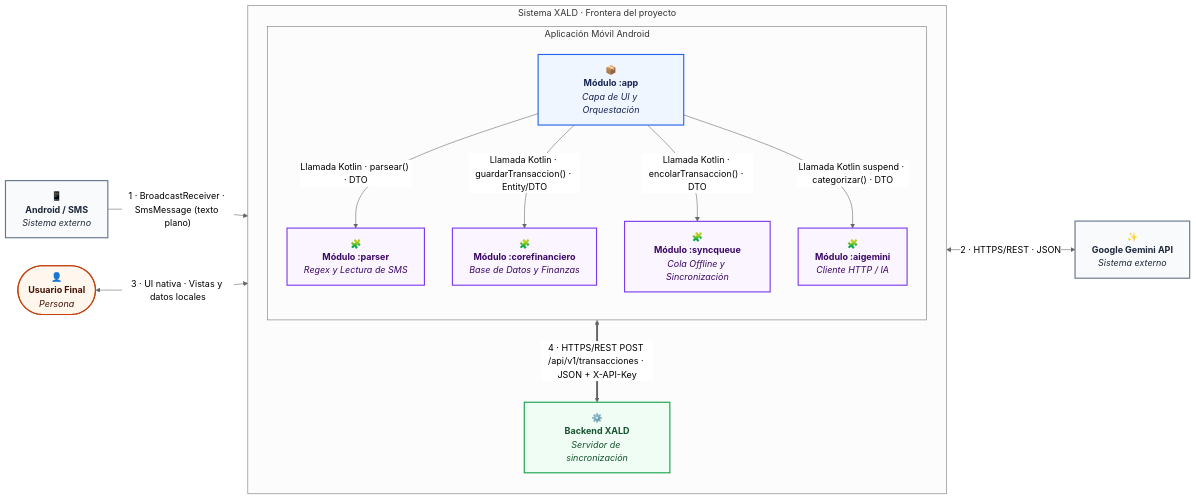
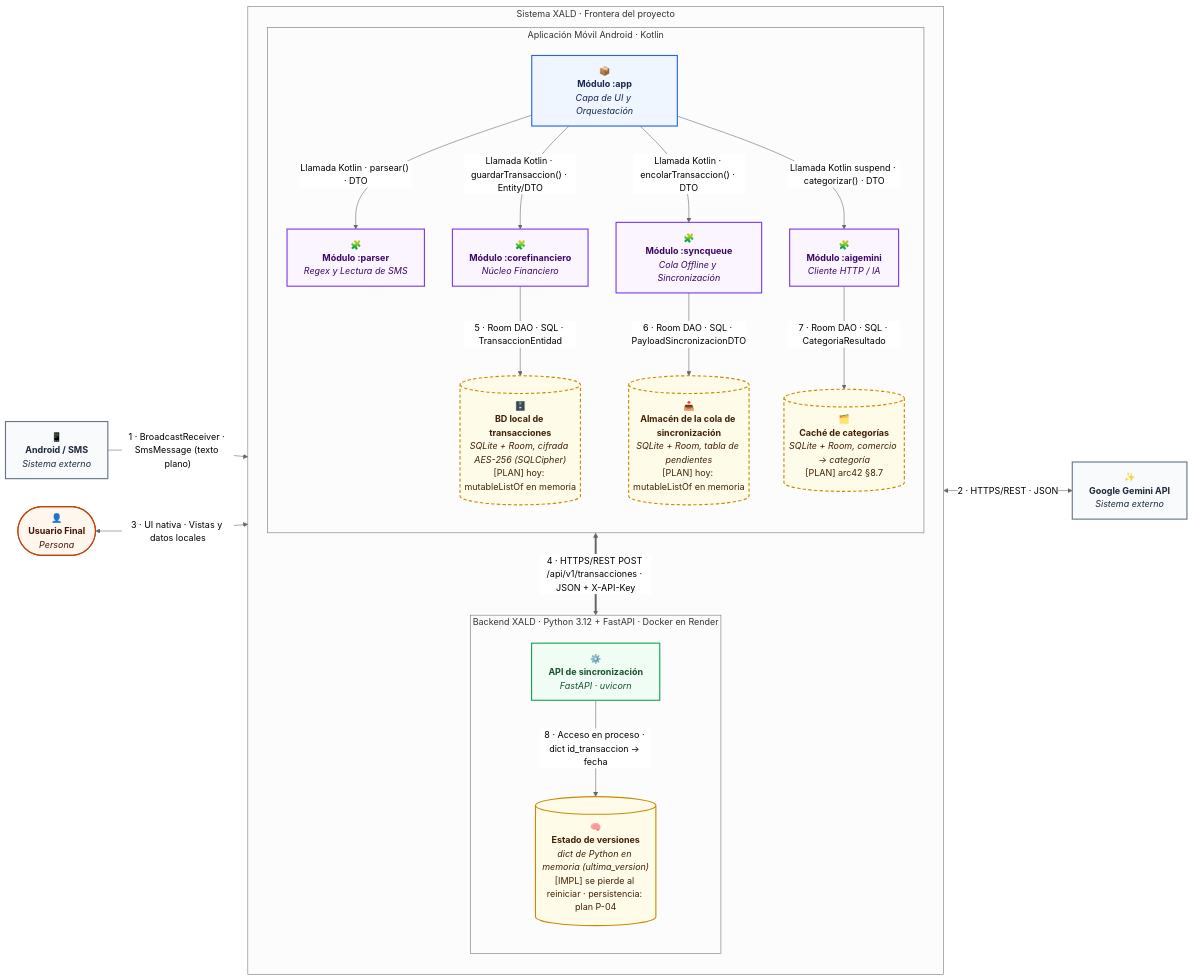
One commit to ISCOUTB/AS_202620_XALD changed the diagram in docs/c4/c2.md. Above: the diagram before and after it, drawn with Mermaid (neutral theme). The commit also changed other lines of this file, not shown here.

First line of the commit message:
Revise documentation for Android app architecture

````diff
--- a/docs/c4/c2.md
+++ b/docs/c4/c2.md
@@ -3,43 +3,61 @@
 ```mermaid
 flowchart LR
     User(["👤<br/><b>Usuario Final</b><br/><i>Persona</i>"])
     Android["📱<br/><b>Android / SMS</b><br/><i>Sistema externo</i>"]
     Gemini["✨<br/><b>Google Gemini API</b><br/><i>Sistema externo</i>"]
 
     subgraph sistema["Sistema XALD · Frontera del proyecto"]
         direction TB
-        
-        subgraph app_group["Aplicación Móvil Android"]
+
+        subgraph app_group["Aplicación Móvil Android · Kotlin"]
             direction TB
             App["📦<br/><b>Módulo :app</b><br/><i>Capa de UI y Orquestación</i>"]
             Parser["🧩<br/><b>Módulo :parser</b><br/><i>Regex y Lectura de SMS</i>"]
-            Core["🧩<br/><b>Módulo :corefinanciero</b><br/><i>Base de Datos y Finanzas</i>"]
+            Core["🧩<br/><b>Módulo :corefinanciero</b><br/><i>Núcleo Financiero</i>"]
             Sync["🧩<br/><b>Módulo :syncqueue</b><br/><i>Cola Offline y Sincronización</i>"]
             AI["🧩<br/><b>Módulo :aigemini</b><br/><i>Cliente HTTP / IA</i>"]
+
+            DBLocal[("🗄️<br/><b>BD local de transacciones</b><br/><i>SQLite + Room, cifrada AES-256 (SQLCipher)</i><br/>[PLAN] hoy: mutableListOf en memoria")]
+            ColaLocal[("📥<br/><b>Almacén de la cola de sincronización</b><br/><i>SQLite + Room, tabla de pendientes</i><br/>[PLAN] hoy: mutableListOf en memoria")]
+            CacheCat[("🗂️<br/><b>Caché de categorías</b><br/><i>SQLite + Room, comercio → categoría</i><br/>[PLAN] arc42 §8.7")]
         end
 
-        Backend["⚙️<br/><b>Backend XALD</b><br/><i>Servidor de sincronización</i>"]
+        subgraph backend_group["Backend XALD · Python 3.12 + FastAPI · Docker en Render"]
+            direction TB
+            Backend["⚙️<br/><b>API de sincronización</b><br/><i>FastAPI · uvicorn</i>"]
+            Versiones[("🧠<br/><b>Estado de versiones</b><br/><i>dict de Python en memoria (ultima_version)</i><br/>[IMPL] se pierde al reiniciar · persistencia: plan P-04")]
+        end
 
         App -->|"Llamada Kotlin · parsear() · DTO"| Parser
         App -->|"Llamada Kotlin · guardarTransaccion() · Entity/DTO"| Core
         App -->|"Llamada Kotlin · encolarTransaccion() · DTO"| Sync
         App -->|"Llamada Kotlin suspend · categorizar() · DTO"| AI
+
+        Core -->|"5 · Room DAO · SQL · TransaccionEntidad"| DBLocal
+        Sync -->|"6 · Room DAO · SQL · PayloadSincronizacionDTO"| ColaLocal
+        AI -->|"7 · Room DAO · SQL · CategoriaResultado"| CacheCat
+        Backend -->|"8 · Acceso en proceso · dict id_transaccion → fecha"| Versiones
+
         Sync <==>|"4 · HTTPS/REST POST /api/v1/transacciones · JSON + X-API-Key"| Backend
     end
 
     Android -->|"1 · BroadcastReceiver · SmsMessage (texto plano)"| App
     AI <-->|"2 · HTTPS/REST · JSON"| Gemini
     User <-->|"3 · UI nativa · Vistas y datos locales"| App
 
     classDef person fill:#fff7ed,stroke:#c2410c,stroke-width:2px,color:#431407
     classDef central fill:#eff6ff,stroke:#2563eb,stroke-width:2px,color:#172554
     classDef module fill:#faf5ff,stroke:#7c3aed,stroke-width:2px,color:#3b0764
     classDef backend fill:#f0fdf4,stroke:#16a34a,stroke-width:2px,color:#14532d
+    classDef store fill:#fefce8,stroke:#ca8a04,stroke-width:2px,color:#422006
+    classDef planned fill:#fefce8,stroke:#ca8a04,stroke-width:2px,stroke-dasharray:6 4,color:#422006
     classDef external fill:#f8fafc,stroke:#64748b,stroke-width:2px,color:#1e293b
 
     class User person
     class App central
     class Parser,Core,Sync,AI module
     class Backend backend
+    class Versiones store
+    class DBLocal,ColaLocal,CacheCat planned
     class Android,Gemini external
 ```
````
